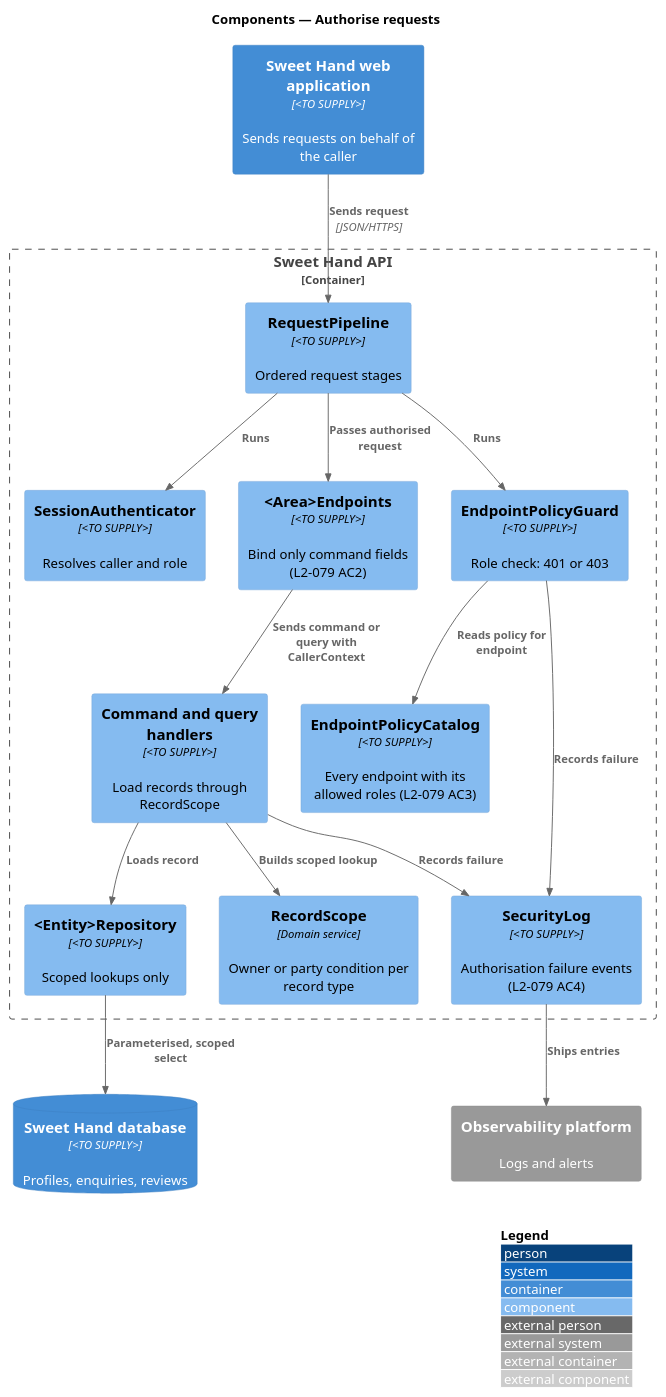
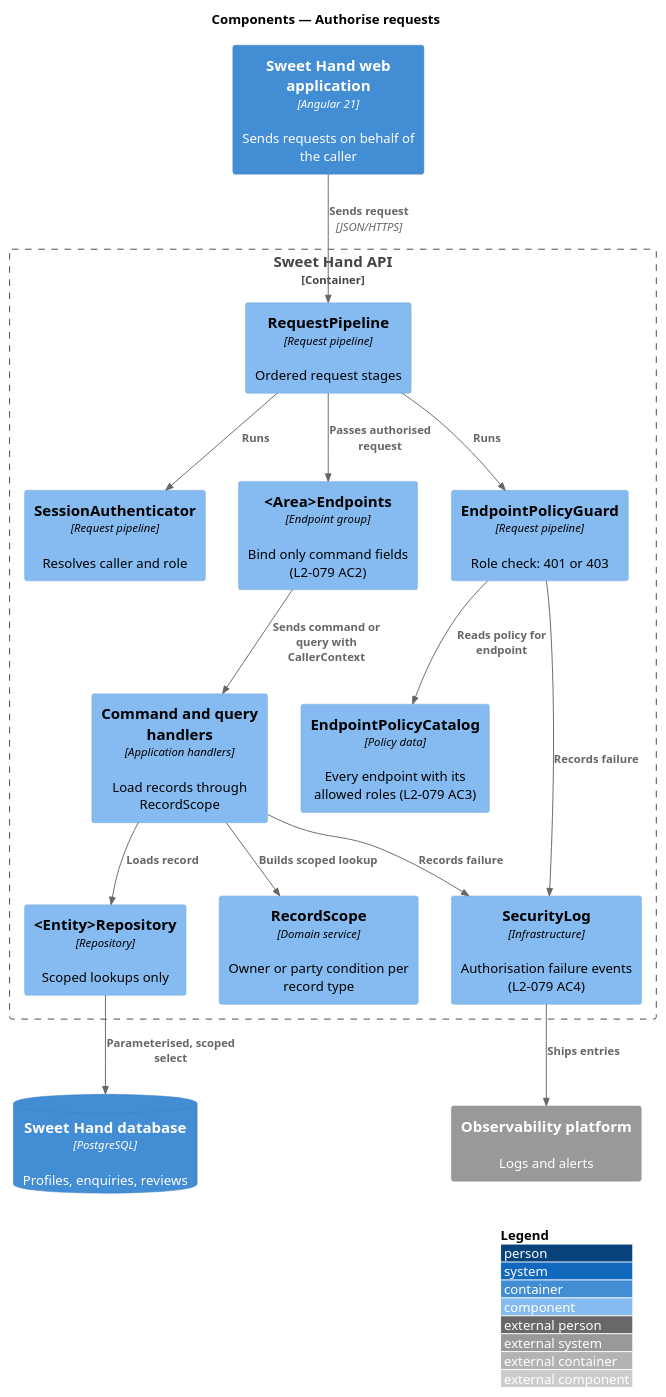
The diagram in docs/detailed-designs/identity-and-security/authorise-requests/diagrams/c4-component.puml (QuinntyneBrown/sweet-hand), drawn with PlantUML before and after one commit. The commit also changed 39 other files, not shown here.

```diff
--- a/docs/detailed-designs/identity-and-security/authorise-requests/diagrams/c4-component.puml
+++ b/docs/detailed-designs/identity-and-security/authorise-requests/diagrams/c4-component.puml
@@ -1,33 +1,33 @@
 @startuml
 !include <C4/C4_Component>
 LAYOUT_WITH_LEGEND()
 title Components — Authorise requests
 
-Container(web, "Sweet Hand web application", "<TO SUPPLY>", "Sends requests on behalf of the caller")
+Container(web, "Sweet Hand web application", "Angular 21", "Sends requests on behalf of the caller")
 Container_Boundary(api, "Sweet Hand API") {
-  Component(pipeline, "RequestPipeline", "<TO SUPPLY>", "Ordered request stages")
-  Component(auth, "SessionAuthenticator", "<TO SUPPLY>", "Resolves caller and role")
-  Component(guard, "EndpointPolicyGuard", "<TO SUPPLY>", "Role check: 401 or 403")
-  Component(catalog, "EndpointPolicyCatalog", "<TO SUPPLY>", "Every endpoint with its allowed roles (L2-079 AC3)")
-  Component(endpoint, "<Area>Endpoints", "<TO SUPPLY>", "Bind only command fields (L2-079 AC2)")
-  Component(handler, "Command and query handlers", "<TO SUPPLY>", "Load records through RecordScope")
+  Component(pipeline, "RequestPipeline", "Request pipeline", "Ordered request stages")
+  Component(auth, "SessionAuthenticator", "Request pipeline", "Resolves caller and role")
+  Component(guard, "EndpointPolicyGuard", "Request pipeline", "Role check: 401 or 403")
+  Component(catalog, "EndpointPolicyCatalog", "Policy data", "Every endpoint with its allowed roles (L2-079 AC3)")
+  Component(endpoint, "<Area>Endpoints", "Endpoint group", "Bind only command fields (L2-079 AC2)")
+  Component(handler, "Command and query handlers", "Application handlers", "Load records through RecordScope")
   Component(scope, "RecordScope", "Domain service", "Owner or party condition per record type")
-  Component(repo, "<Entity>Repository", "<TO SUPPLY>", "Scoped lookups only")
-  Component(seclog, "SecurityLog", "<TO SUPPLY>", "Authorisation failure events (L2-079 AC4)")
+  Component(repo, "<Entity>Repository", "Repository", "Scoped lookups only")
+  Component(seclog, "SecurityLog", "Infrastructure", "Authorisation failure events (L2-079 AC4)")
 }
-ContainerDb(db, "Sweet Hand database", "<TO SUPPLY>", "Profiles, enquiries, reviews")
+ContainerDb(db, "Sweet Hand database", "PostgreSQL", "Profiles, enquiries, reviews")
 System_Ext(obs, "Observability platform", "Logs and alerts")
 
 Rel(web, pipeline, "Sends request", "JSON/HTTPS")
 Rel(pipeline, auth, "Runs")
 Rel(pipeline, guard, "Runs")
 Rel(guard, catalog, "Reads policy for endpoint")
 Rel(pipeline, endpoint, "Passes authorised request")
 Rel(endpoint, handler, "Sends command or query with CallerContext")
 Rel(handler, scope, "Builds scoped lookup")
 Rel(handler, repo, "Loads record")
 Rel(repo, db, "Parameterised, scoped select")
 Rel(guard, seclog, "Records failure")
 Rel(handler, seclog, "Records failure")
 Rel(seclog, obs, "Ships entries")
 @enduml
```
